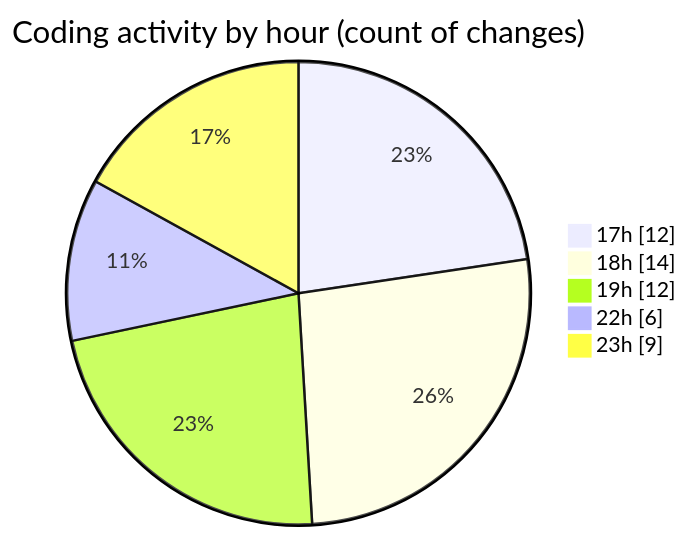
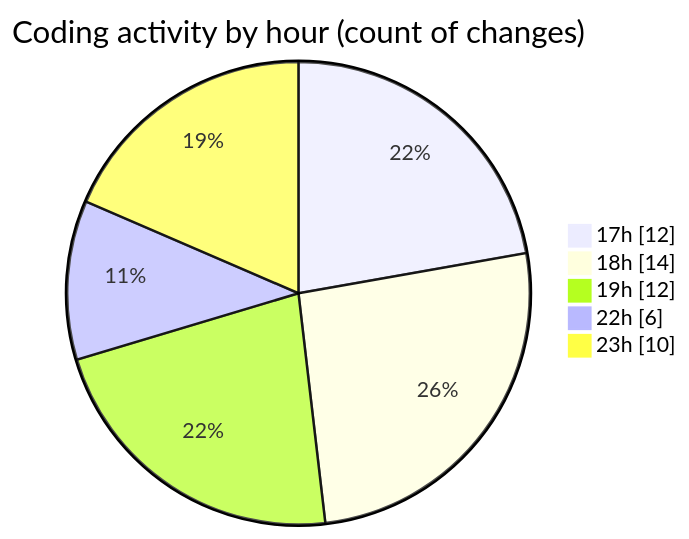
Before and after one commit to donsfak/code-tracking: the second of 2 diagrams in 2025-02-16/uber_clone/README.md, drawn with Mermaid. The commit also changed other lines of this file and 1 other file, not shown here.

````diff
--- a/2025-02-16/uber_clone/README.md
+++ b/2025-02-16/uber_clone/README.md
@@ -44,9 +44,9 @@
 ```mermaid
 pie showData
 title Coding activity by hour (count of changes)
 "17h" : 12
 "18h" : 14
 "19h" : 12
 "22h" : 6
-"23h" : 9
+"23h" : 10
 ```
````
